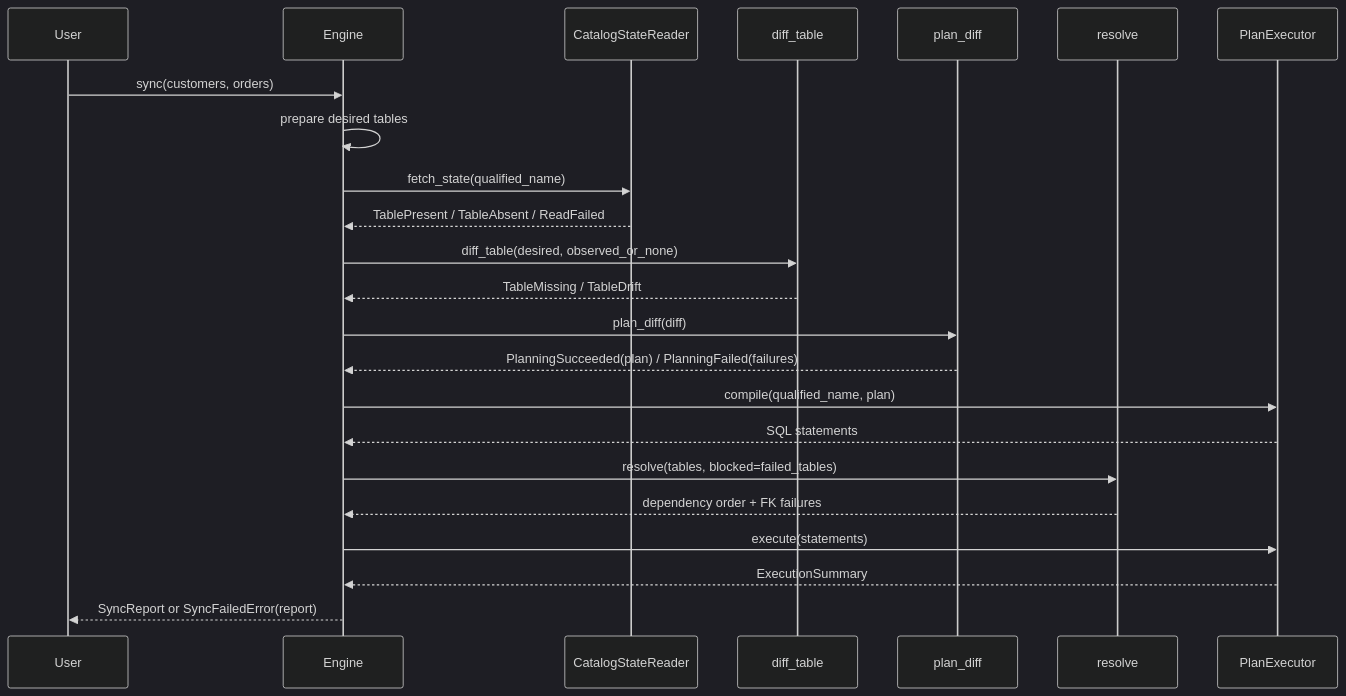
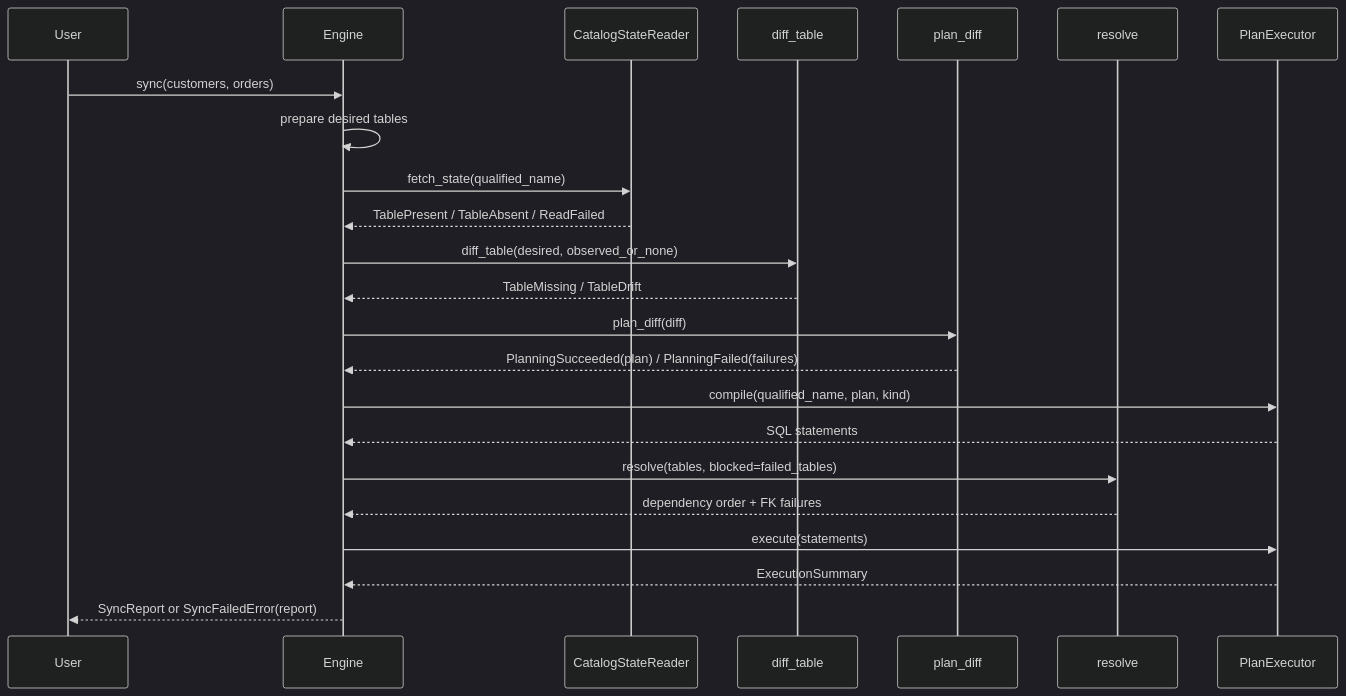
One commit to Tomoscorbin/delta-engine changed the third of 5 diagrams in docs/explanation-architecture.md. Above: the diagram before and after it, drawn with Mermaid (dark theme). The commit also changed other lines of this file and 8 other files, not shown here.

````diff
--- a/docs/explanation-architecture.md
+++ b/docs/explanation-architecture.md
@@ -247,26 +248,26 @@
 ```mermaid
 sequenceDiagram
     participant User
     participant Engine
     participant Reader as CatalogStateReader
     participant Differ as diff_table
     participant Planner as plan_diff
     participant Resolver as resolve
     participant Executor as PlanExecutor
 
     User->>Engine: sync(customers, orders)
     Engine->>Engine: prepare desired tables
     Engine->>Reader: fetch_state(qualified_name)
     Reader-->>Engine: TablePresent / TableAbsent / ReadFailed
     Engine->>Differ: diff_table(desired, observed_or_none)
     Differ-->>Engine: TableMissing / TableDrift
     Engine->>Planner: plan_diff(diff)
     Planner-->>Engine: PlanningSucceeded(plan) / PlanningFailed(failures)
-    Engine->>Executor: compile(qualified_name, plan)
+    Engine->>Executor: compile(qualified_name, plan, kind)
     Executor-->>Engine: SQL statements
     Engine->>Resolver: resolve(tables, blocked=failed_tables)
     Resolver-->>Engine: dependency order + FK failures
     Engine->>Executor: execute(statements)
     Executor-->>Engine: ExecutionSummary
     Engine-->>User: SyncReport or SyncFailedError(report)
 ```
````
